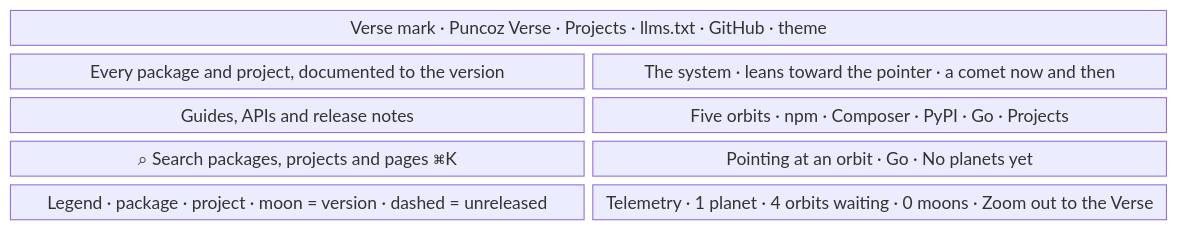
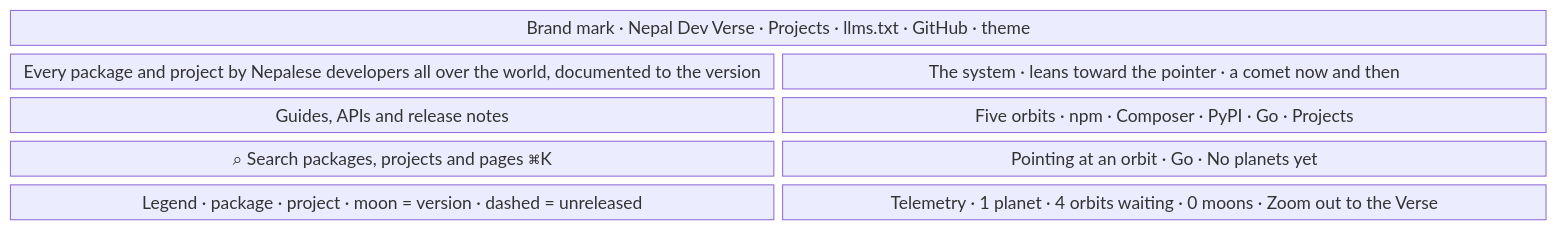
Before and after one commit to nepal-dev-com/docs.nepal-dev.com: the third of 3 diagrams in content/docs/maintain/app-flow/living-hero.mdx, drawn with Mermaid. The commit also changed other lines of this file and 145 other files, not shown here.

Commit message:
nepal dev docs

````diff
--- a/content/docs/maintain/app-flow/living-hero.mdx
+++ b/content/docs/maintain/app-flow/living-hero.mdx
@@ -94,9 +94,9 @@
 ```mermaid
 block-beta
   columns 6
-  header["Verse mark · Puncoz Verse · Projects · llms.txt · GitHub · theme"]:6
-  head["Every package and project, documented to the version"]:3 system["The system · leans toward the pointer · a comet now and then"]:3
+  header["Brand mark · Nepal Dev Verse · Projects · llms.txt · GitHub · theme"]:6
+  head["Every package and project by Nepalese developers all over the world, documented to the version"]:3 system["The system · leans toward the pointer · a comet now and then"]:3
   sub["Guides, APIs and release notes"]:3 orbits["Five orbits · npm · Composer · PyPI · Go · Projects"]:3
   search["⌕ Search packages, projects and pages ⌘K"]:3 tip["Pointing at an orbit · Go · No planets yet"]:3
   legend["Legend · package · project · moon = version · dashed = unreleased"]:3 caption["Telemetry · 1 planet · 4 orbits waiting · 0 moons · Zoom out to the Verse"]:3
 ```
````
